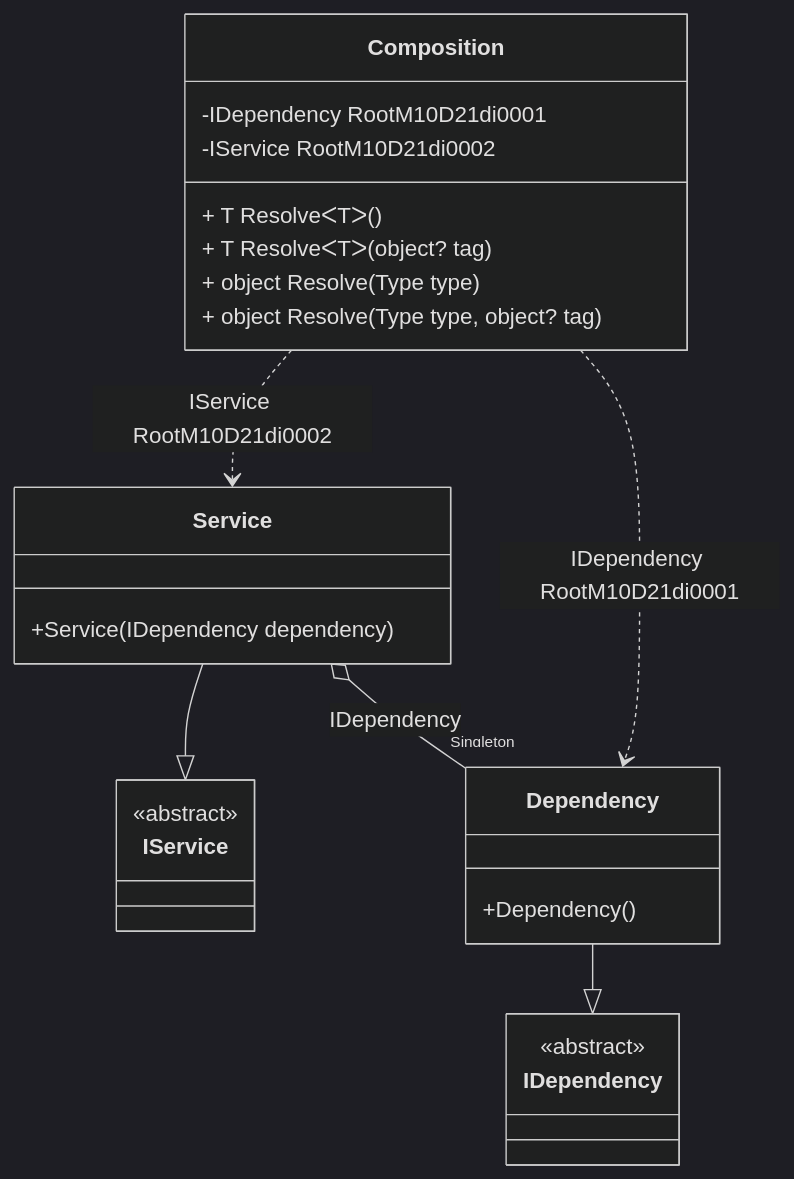
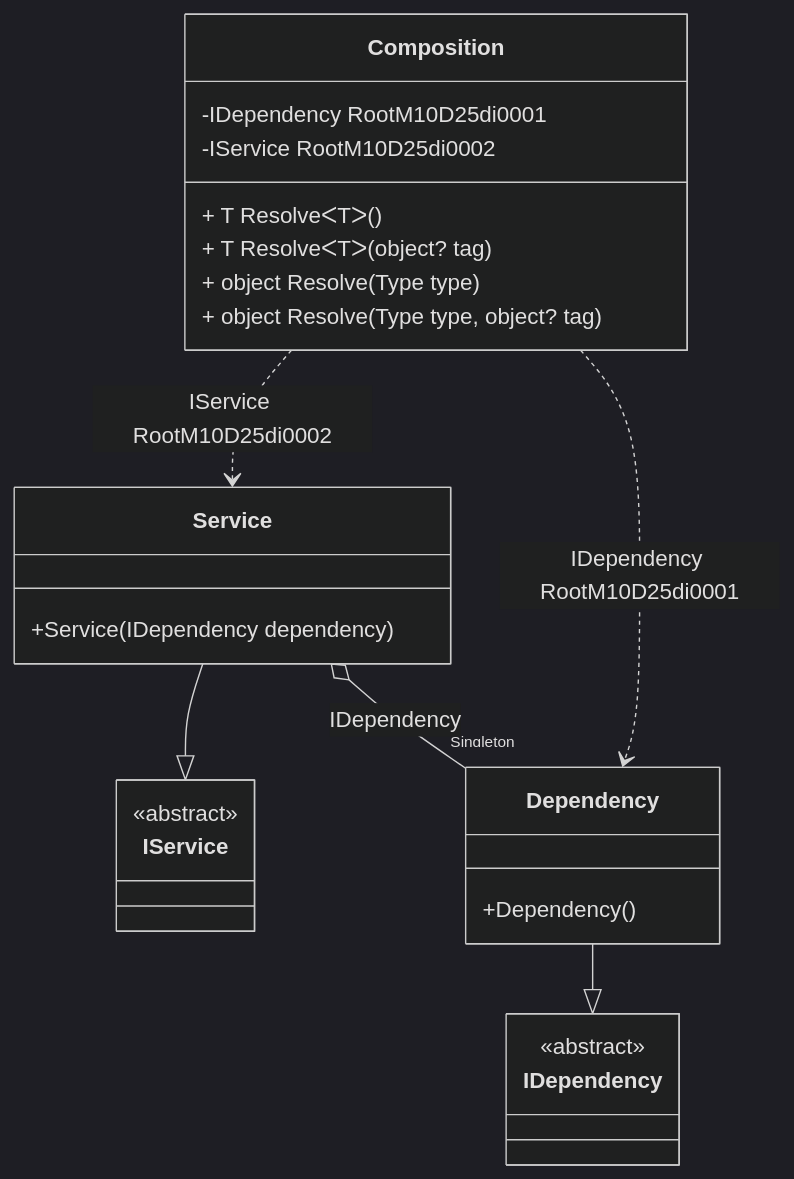
The diagram in readme/service-collection.md (DevTeam/Pure.DI), drawn with Mermaid (dark theme) before and after one commit. The commit also changed other lines of this file and 72 other files, not shown here.

````diff
--- a/readme/service-collection.md
+++ b/readme/service-collection.md
@@ -50,28 +50,28 @@
 ```mermaid
 classDiagram
   class Composition {
-    -IDependency RootM10D21di0001
-    -IService RootM10D21di0002
+    -IDependency RootM10D25di0001
+    -IService RootM10D25di0002
     + T ResolveᐸTᐳ()
     + T ResolveᐸTᐳ(object? tag)
     + object Resolve(Type type)
     + object Resolve(Type type, object? tag)
   }
   Service --|> IService : 
   class Service {
     +Service(IDependency dependency)
   }
   Dependency --|> IDependency : 
   class Dependency {
     +Dependency()
   }
   class IService {
     <<abstract>>
   }
   class IDependency {
     <<abstract>>
   }
   Service o--  "Singleton" Dependency : IDependency
-  Composition ..> Dependency : IDependency RootM10D21di0001
-  Composition ..> Service : IService RootM10D21di0002
+  Composition ..> Dependency : IDependency RootM10D25di0001
+  Composition ..> Service : IService RootM10D25di0002
 ```
````
